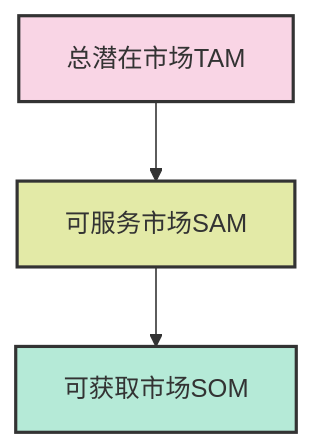
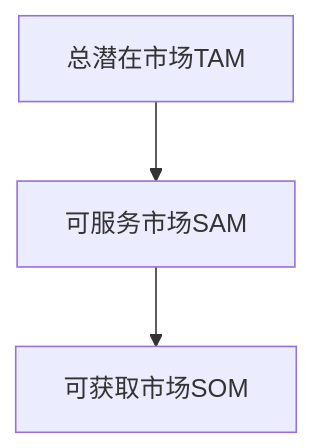
The fifth of 8 diagrams in src/site/notes/知识共享/002_商业分析/01_学习内容/04_市场与竞争分析/4.1 市场分析框架.md (amcoimg/my-digital-garden), drawn with Mermaid before and after one commit. The commit also changed other lines of this file and 1 other file, not shown here.

````diff
--- a/src/site/notes/知识共享/002_商业分析/01_学习内容/04_市场与竞争分析/4.1 市场分析框架.md
+++ b/src/site/notes/知识共享/002_商业分析/01_学习内容/04_市场与竞争分析/4.1 市场分析框架.md
@@ -604,9 +532,5 @@
 ```mermaid
-graph TD
+flowchart TD
     A[总潜在市场TAM] --> B[可服务市场SAM]
     B --> C[可获取市场SOM]
-    
-    style A fill:#f9d5e5,stroke:#333,stroke-width:2px
-    style B fill:#e3eaa7,stroke:#333,stroke-width:2px
-    style C fill:#b5ead7,stroke:#333,stroke-width:2px
 ```
````
